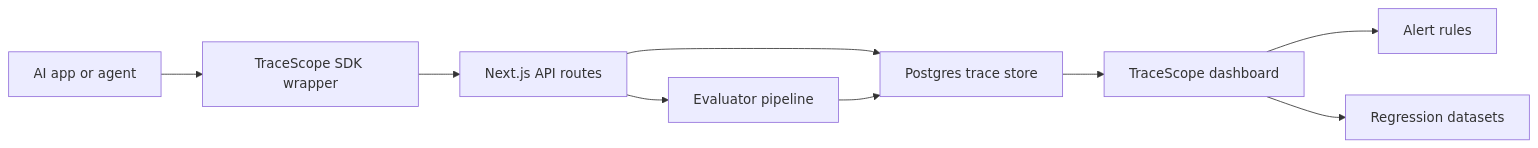
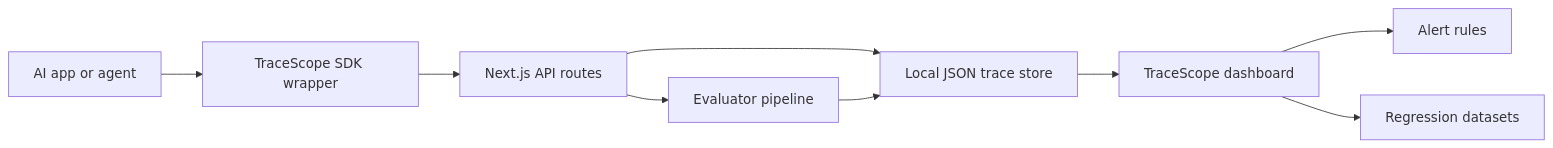
Before and after one commit to aryanwagh05/TraceScope: the diagram in README.md, drawn with Mermaid. The commit also changed other lines of this file and 13 other files, not shown here.

````diff
--- a/README.md
+++ b/README.md
@@ -21,11 +21,11 @@
 ```mermaid
 flowchart LR
   App["AI app or agent"] --> SDK["TraceScope SDK wrapper"]
   SDK --> API["Next.js API routes"]
-  API --> Store["Postgres trace store"]
+  API --> Store["Local JSON trace store"]
   API --> Eval["Evaluator pipeline"]
   Eval --> Store
   Store --> UI["TraceScope dashboard"]
   UI --> Alerts["Alert rules"]
   UI --> Dataset["Regression datasets"]
 ```
````
